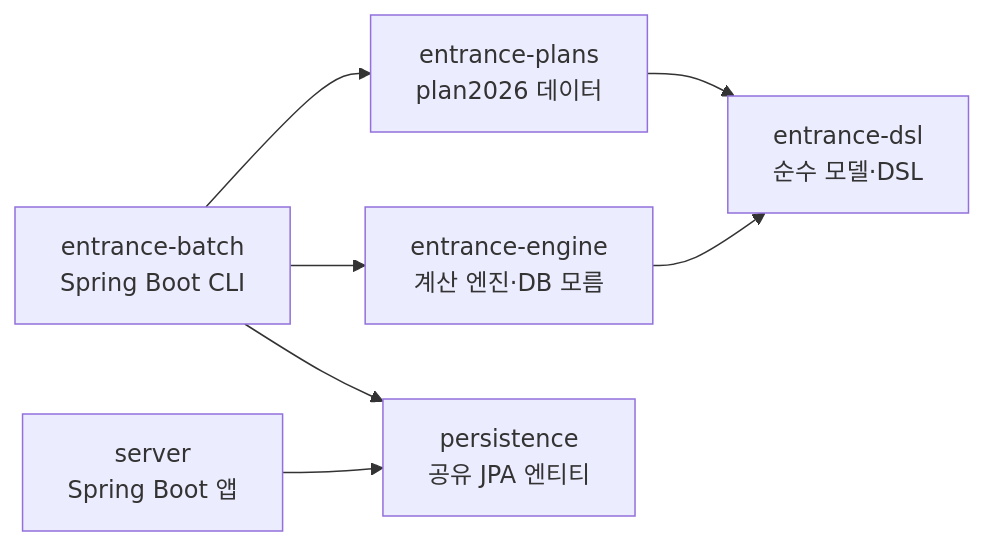
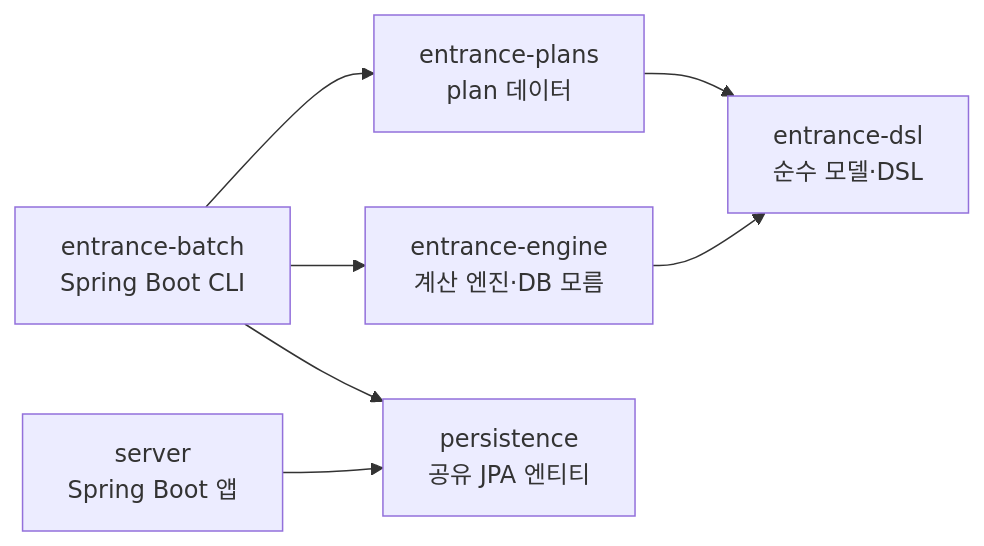
The diagram in docs/entrance/README.md (themoment-team/hellogsm-server-26), drawn with Mermaid before and after one commit. The commit also changed other lines of this file and 25 other files, not shown here.

Commit message:
refactor(entrance): plan 파일명을 Plan.kt로 고정, 과거 연도는 legacy 보관

````diff
--- a/docs/entrance/README.md
+++ b/docs/entrance/README.md
@@ -42,16 +42,16 @@
 ```mermaid
 graph LR
     dsl[entrance-dsl<br/>순수 모델·DSL]
-    plans[entrance-plans<br/>plan2026 데이터]
+    plans[entrance-plans<br/>plan 데이터]
     engine[entrance-engine<br/>계산 엔진·DB 모름]
     batch[entrance-batch<br/>Spring Boot CLI]
     persistence[persistence<br/>공유 JPA 엔티티]
     server[server<br/>Spring Boot 앱]
 
     plans --> dsl
     engine --> dsl
     batch --> engine
     batch --> plans
     batch --> persistence
     server --> persistence
 ```
````
